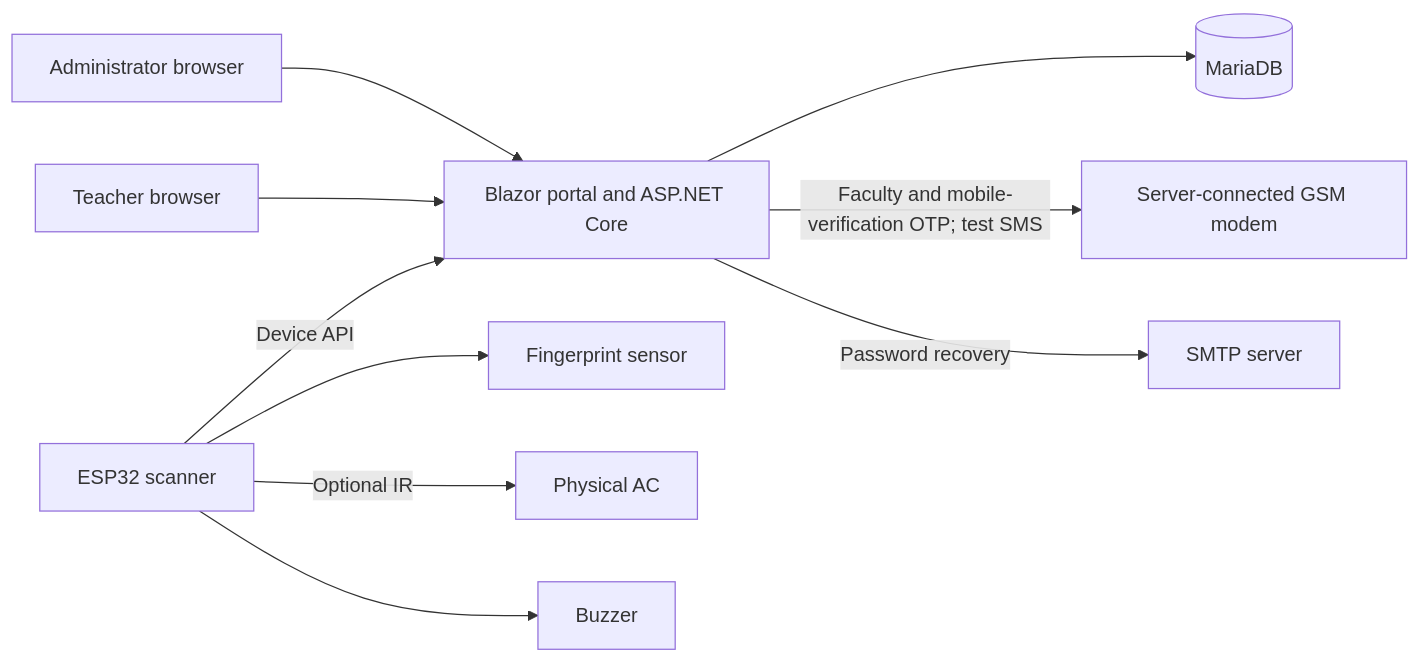
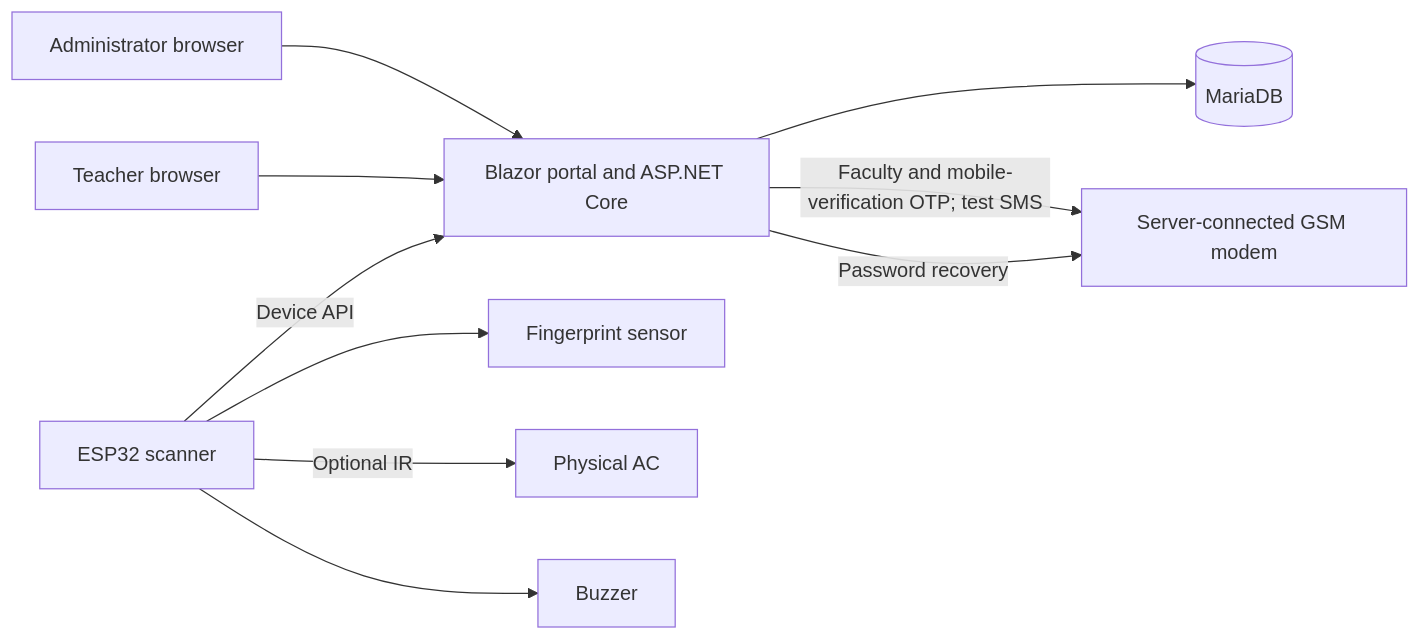
Before and after one commit to AlfredAbiera/SmartClassAC: the first of 2 diagrams in docs/PORTAL_PROCESS_FLOW.md, drawn with Mermaid. The commit also changed other lines of this file and 58 other files, not shown here.

````diff
--- a/docs/PORTAL_PROCESS_FLOW.md
+++ b/docs/PORTAL_PROCESS_FLOW.md
@@ -13,12 +13,12 @@
 ```mermaid
 flowchart LR
     Admin[Administrator browser] --> Portal[Blazor portal and ASP.NET Core]
     Teacher[Teacher browser] --> Portal
     Scanner[ESP32 scanner] -->|Device API| Portal
     Portal --> DB[(MariaDB)]
     Portal -->|Faculty and mobile-verification OTP; test SMS| Modem[Server-connected GSM modem]
-    Portal -->|Password recovery| SMTP[SMTP server]
+    Portal -->|Password recovery| Modem
     Scanner --> Sensor[Fingerprint sensor]
     Scanner -->|Optional IR| AC[Physical AC]
     Scanner --> Buzzer[Buzzer]
 ```
````
